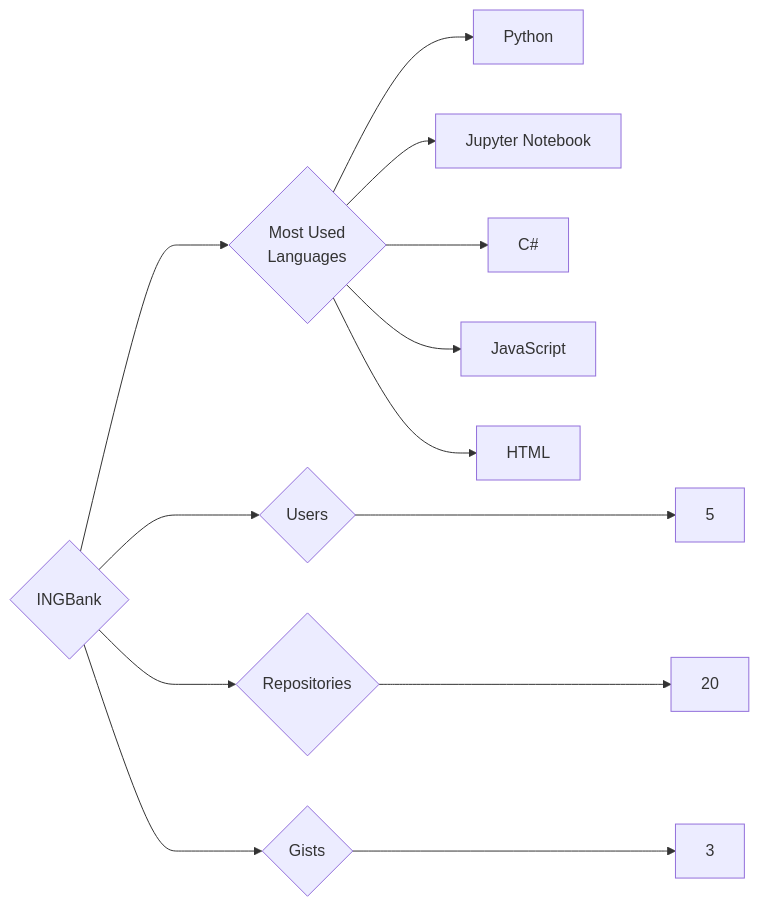
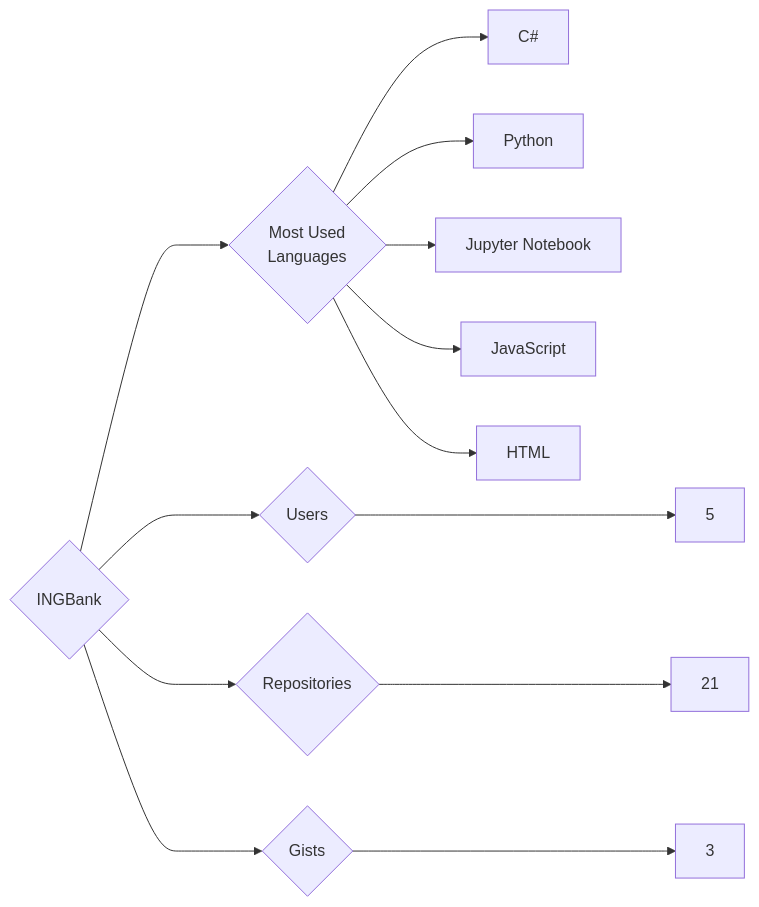
The diagram in targets/INGBank/README.md (trickest/insiders), drawn with Mermaid before and after one commit. The commit also changed 1170 other files, not shown here.

````diff
--- a/targets/INGBank/README.md
+++ b/targets/INGBank/README.md
@@ -3,13 +3,13 @@
 ```mermaid
 graph LR
 COMPANY_NAME{INGBank}
 COMPANY_NAME ---> U{Users} ---> UN[5]
-COMPANY_NAME ---> R{Repositories} ---> RN[20]
+COMPANY_NAME ---> R{Repositories} ---> RN[21]
 COMPANY_NAME ---> G{Gists} ---> GN[3]
 COMPANY_NAME ---> ML{Most Used<br>Languages}
+ML --> C#[C#]
 ML --> Python[Python]
 ML --> Jupyter_Notebook[Jupyter Notebook]
-ML --> C#[C#]
 ML --> JavaScript[JavaScript]
 ML --> HTML[HTML]
 ```
````
